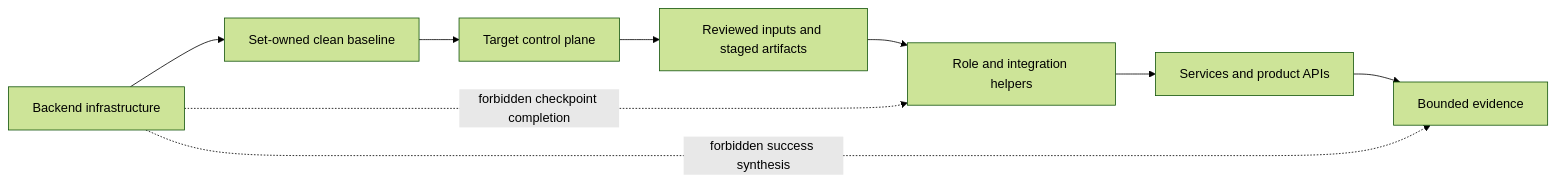
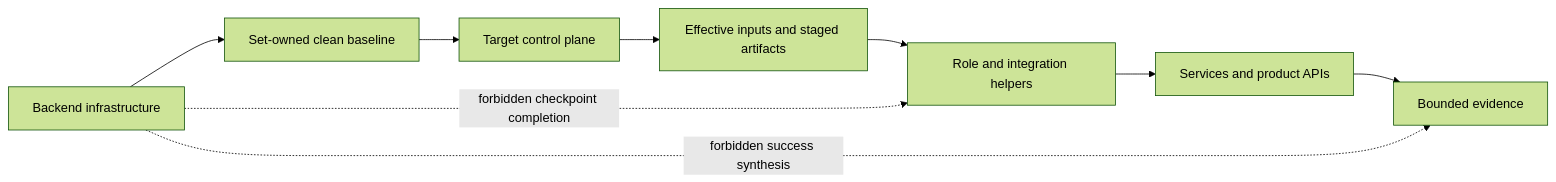
Before and after one commit to NoNine/loopforge: the second of 2 diagrams in simulation/docs/harness-design.md, drawn with Mermaid (forest theme). The commit also changed other lines of this file and 12 other files, not shown here.

````diff
--- a/simulation/docs/harness-design.md
+++ b/simulation/docs/harness-design.md
@@ -98,20 +100,20 @@
 ```mermaid
 flowchart LR
   BACKEND[Backend infrastructure]
   BASELINE[Set-owned clean baseline]
   TARGET[Target control plane]
-  INPUTS[Reviewed inputs and staged artifacts]
+  INPUTS[Effective inputs and staged artifacts]
   HELPERS[Role and integration helpers]
   APIS[Services and product APIs]
   EVIDENCE[Bounded evidence]
 
   BACKEND --> BASELINE
   BASELINE --> TARGET
   TARGET --> INPUTS
   INPUTS --> HELPERS
   HELPERS --> APIS
   APIS --> EVIDENCE
 
   BACKEND -. forbidden checkpoint completion .-> HELPERS
   BACKEND -. forbidden success synthesis .-> EVIDENCE
 ```
````
